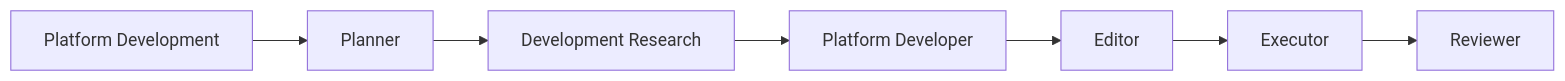
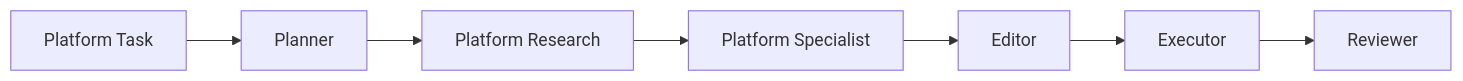
One commit to eaglesjo/MultiAgentOS changed the fourth of 7 diagrams in README.md. Above: the diagram before and after it, drawn with Mermaid. The commit also changed other lines of this file, not shown here.

Commit message:
docs: refresh README for 0.5.0 architecture

```diff
--- a/README.md
+++ b/README.md
@@ -174,9 +130,9 @@
 ~~~mermaid
 flowchart LR
-    TASK["Platform Development"] --> PLAN["Planner"]
-    PLAN --> RESEARCH["Development Research"]
-    RESEARCH --> DEV["Platform Developer"]
-    DEV --> EDIT["Editor"]
+    TASK["Platform Task"] --> PLAN["Planner"]
+    PLAN --> RESEARCH["Platform Research"]
+    RESEARCH --> SPECIALIST["Platform Specialist"]
+    SPECIALIST --> EDIT["Editor"]
     EDIT --> EXEC["Executor"]
     EXEC --> REVIEW["Reviewer"]
 ~~~
```
